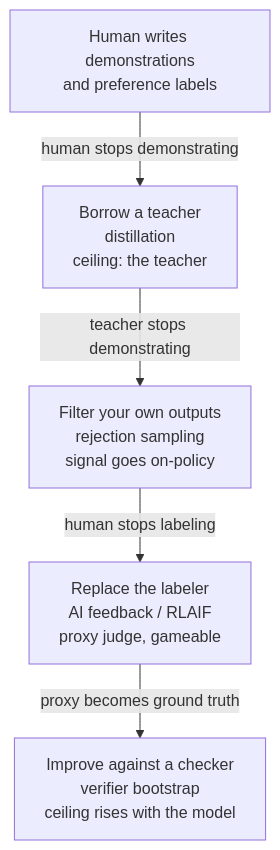
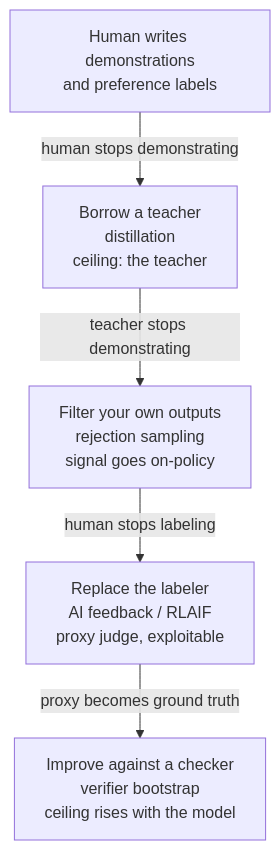
Before and after one commit to latere-ai/ai-as-an-infrastructure: the second of 3 diagrams in en/adaptation/04-synthetic-data-self-improvement.qmd, drawn with Mermaid. The commit also changed other lines of this file and 94 other files, not shown here.

````diff
--- a/en/adaptation/04-synthetic-data-self-improvement.qmd
+++ b/en/adaptation/04-synthetic-data-self-improvement.qmd
@@ -108,14 +106,14 @@
 ```{mermaid}
 %%| label: fig-synthetic-data-lineage
 %%| fig-cap: "The retreat from the human labeler. Each step replaces a human in one role with a cheaper source of judgment, and the source of the next round's data shifts accordingly."
 flowchart TB
   H["Human writes demonstrations<br/>and preference labels"]
   T["Borrow a teacher<br/>distillation<br/>ceiling: the teacher"]
   R["Filter your own outputs<br/>rejection sampling<br/>signal goes on-policy"]
-  A["Replace the labeler<br/>AI feedback / RLAIF<br/>proxy judge, gameable"]
+  A["Replace the labeler<br/>AI feedback / RLAIF<br/>proxy judge, exploitable"]
   V["Improve against a checker<br/>verifier bootstrap<br/>ceiling rises with the model"]
   H -->|"human stops demonstrating"| T
   T -->|"teacher stops demonstrating"| R
   R -->|"human stops labeling"| A
   A -->|"proxy becomes ground truth"| V
 ```
````
